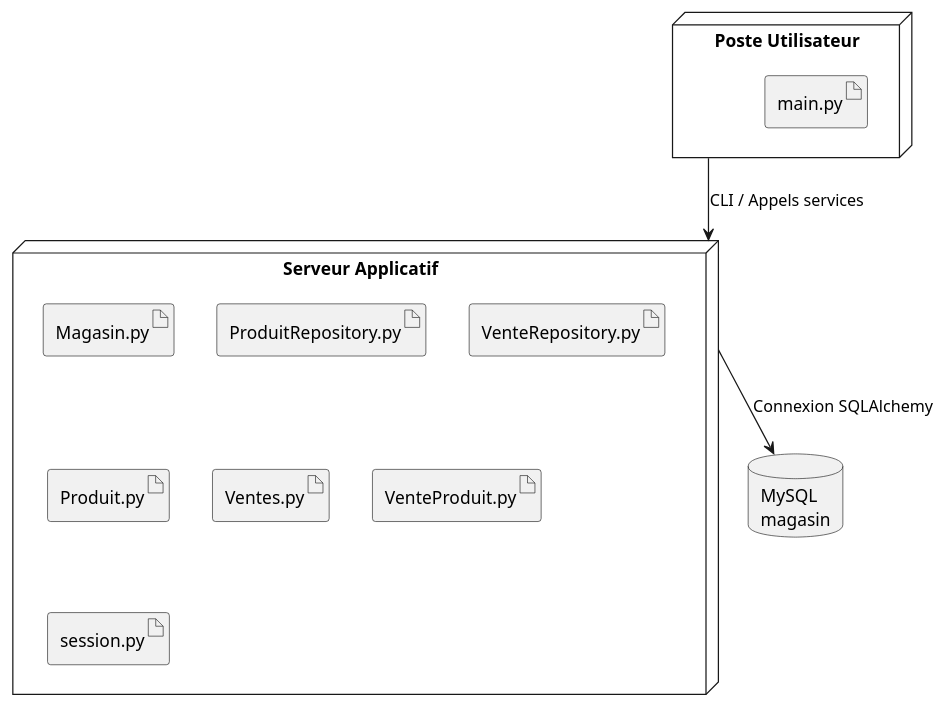
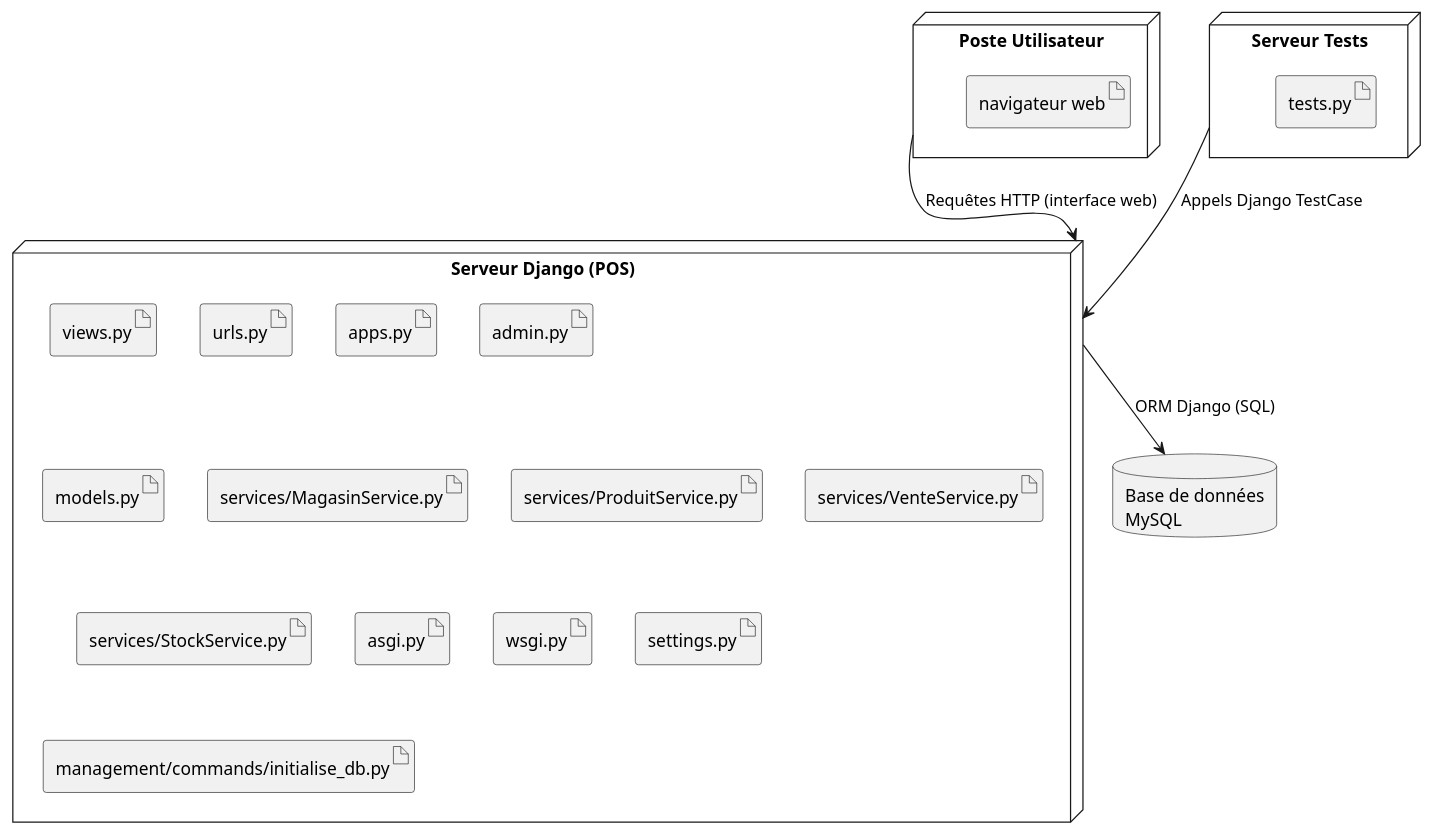
One commit to DylannFontus/Lab0_Log430 changed the diagram in docs/UML/VueDeploiement.puml. Above: the diagram before and after it, drawn with PlantUML. The commit also changed 8 other files, not shown here.

```diff
--- a/docs/UML/VueDeploiement.puml
+++ b/docs/UML/VueDeploiement.puml
@@ -1,21 +1,33 @@
 @startuml
+
 node "Poste Utilisateur" as client {
-    artifact "main.py"
+    artifact "navigateur web"
 }
 
-node "Serveur Applicatif" as app {
-    artifact "Magasin.py"
-    artifact "ProduitRepository.py"
-    artifact "VenteRepository.py"
-    artifact "Produit.py"
-    artifact "Ventes.py"
-    artifact "VenteProduit.py"
-    artifact "session.py"
+node "Serveur Django (POS)" as app {
+    artifact "views.py"
+    artifact "urls.py"
+    artifact "apps.py"
+    artifact "admin.py"
+    artifact "models.py"
+    artifact "services/MagasinService.py"
+    artifact "services/ProduitService.py"
+    artifact "services/VenteService.py"
+    artifact "services/StockService.py"
+    artifact "asgi.py"
+    artifact "wsgi.py"
+    artifact "settings.py"
+    artifact "management/commands/initialise_db.py"
 }
 
-database "MySQL\nmagasin" as db
+node "Serveur Tests" as test {
+    artifact "tests.py"
+}
 
-client --> app : CLI / Appels services
-app --> db : Connexion SQLAlchemy
+database "Base de données\nMySQL" as db
+
+client --> app : Requêtes HTTP (interface web)
+app --> db : ORM Django (SQL)
+test --> app : Appels Django TestCase
 
 @enduml
```
